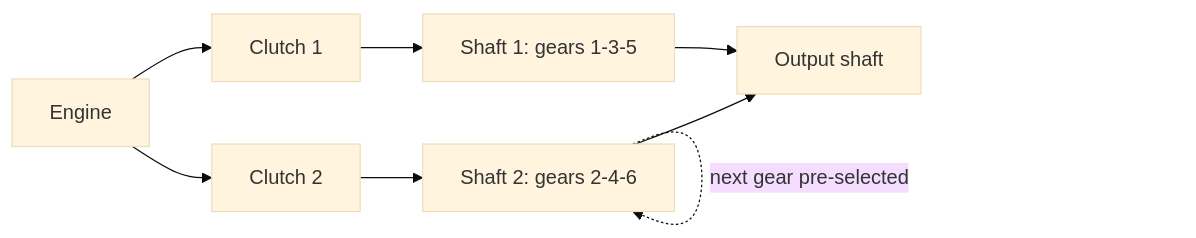
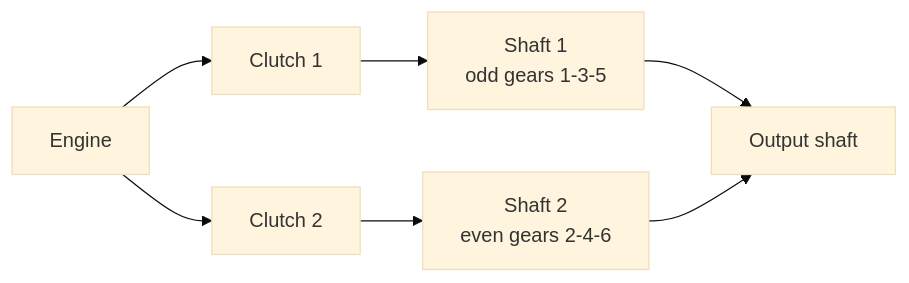
One commit to hackvoid/AIL changed the fourth of 4 diagrams in wiki/articles/mil1/vehicle-subsystems/index.md. Above: the diagram before and after it, drawn with Mermaid (base theme). The commit also changed other lines of this file and 172 other files, not shown here.

````diff
--- a/wiki/articles/mil1/vehicle-subsystems/index.md
+++ b/wiki/articles/mil1/vehicle-subsystems/index.md
@@ -414,10 +444,9 @@
 ```mermaid
 flowchart LR
     E["Engine"] --> C1["Clutch 1"]
     E --> C2["Clutch 2"]
-    C1 --> S1["Shaft 1: gears 1-3-5"]
-    C2 --> S2["Shaft 2: gears 2-4-6"]
+    C1 --> S1["Shaft 1<br/>odd gears 1-3-5"]
+    C2 --> S2["Shaft 2<br/>even gears 2-4-6"]
     S1 --> O["Output shaft"]
     S2 --> O
-    S2 -.->|"next gear pre-selected"| S2
 ```
````
